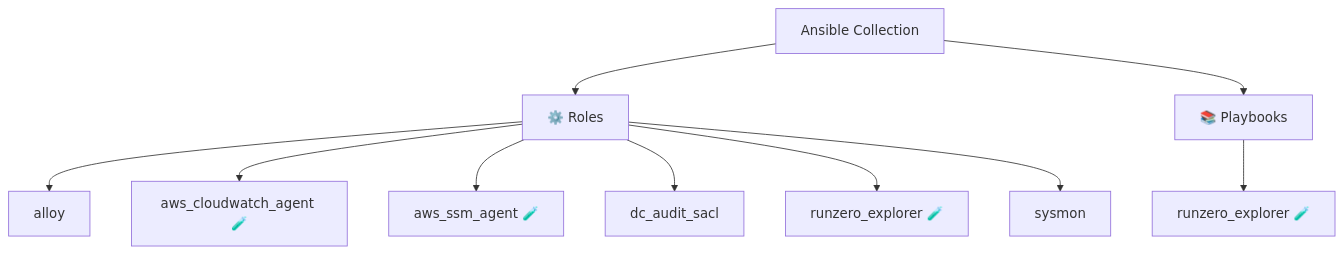
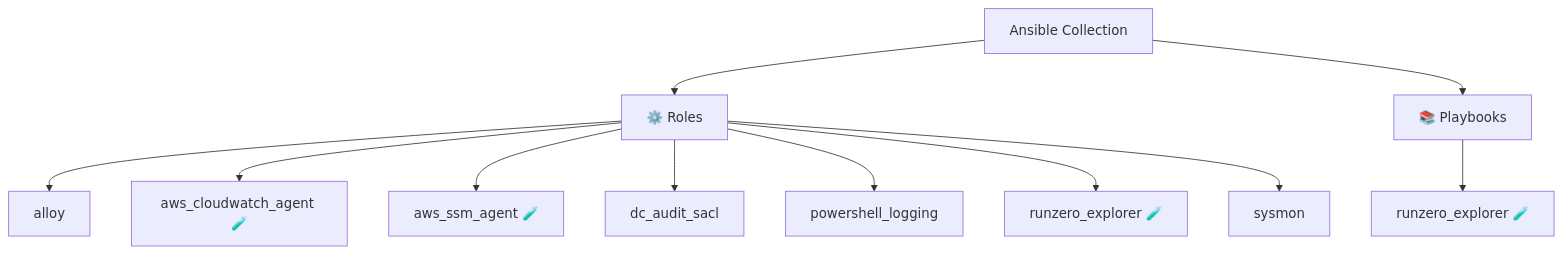
Before and after one commit to l50/ansible-collection-bulwark: the diagram in README.md, drawn with Mermaid. The commit also changed other lines of this file and 5 other files, not shown here.

First line of the commit message:
feat: add powershell_logging role for attack detection (#549)

````diff
--- a/README.md
+++ b/README.md
@@ -14,13 +14,14 @@
 ```mermaid
 graph TD
     Collection[Ansible Collection]
     Collection --> Roles[⚙️ Roles]
     Roles --> R0[alloy]
     Roles --> R1[aws_cloudwatch_agent 🧪]
     Roles --> R2[aws_ssm_agent 🧪]
     Roles --> R3[dc_audit_sacl]
-    Roles --> R4[runzero_explorer 🧪]
-    Roles --> R5[sysmon]
+    Roles --> R4[powershell_logging]
+    Roles --> R5[runzero_explorer 🧪]
+    Roles --> R6[sysmon]
     Collection --> Playbooks[📚 Playbooks]
     Playbooks --> PB0[runzero_explorer 🧪]
 ```
````
